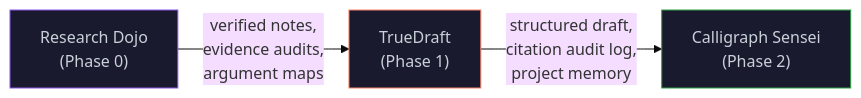
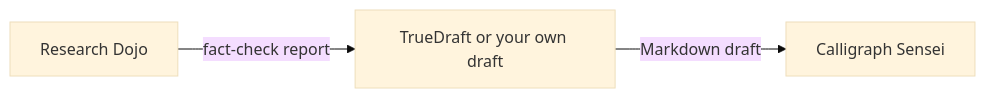
The diagram in docs/architecture.md (kshanxs/skill-dojo), drawn with Mermaid (base theme) before and after one commit. The commit also changed other lines of this file and 51 other files, not shown here.

````diff
--- a/docs/architecture.md
+++ b/docs/architecture.md
@@ -17,9 +15,5 @@
 ```mermaid
 flowchart LR
-    A["Research Dojo\n(Phase 0)"] -->|"verified notes,\nevidence audits,\nargument maps"| B["TrueDraft\n(Phase 1)"]
-    B -->|"structured draft,\ncitation audit log,\nproject memory"| C["Calligraph Sensei\n(Phase 2)"]
-
-    style A fill:#1a1a2e,stroke:#8957e5,color:#c9d1d9
-    style B fill:#1a1a2e,stroke:#f78166,color:#c9d1d9
-    style C fill:#1a1a2e,stroke:#2ea043,color:#c9d1d9
+    A["Research Dojo"] -->|"fact-check report"| B["TrueDraft or your own draft"]
+    B -->|"Markdown draft"| C["Calligraph Sensei"]
 ```
````
